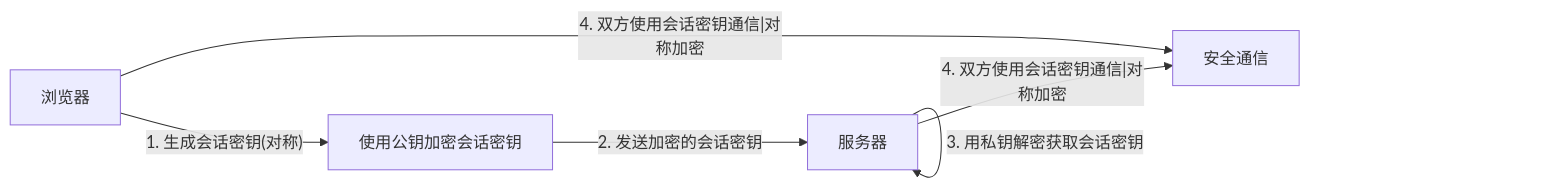
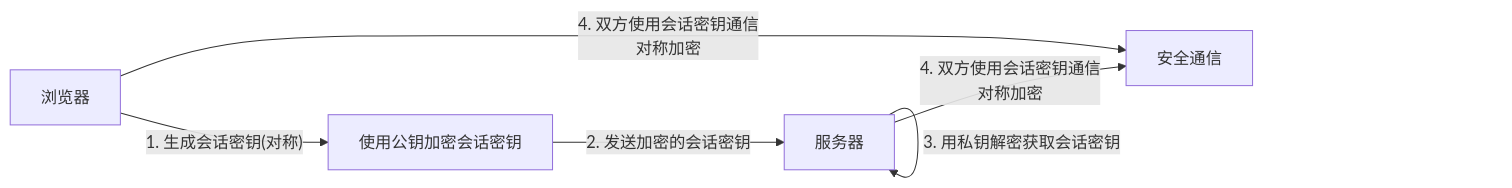
Before and after one commit to before80/prgms: diagram 21 of 31 in content/Js/basic/Chapter-38-web-security.md, drawn with Mermaid. The commit also changed other lines of this file and 1645 other files, not shown here.

````diff
--- a/content/Js/basic/Chapter-38-web-security.md
+++ b/content/Js/basic/Chapter-38-web-security.md
@@ -1847,7 +1847,7 @@
 ```mermaid
 graph LR
     A["浏览器"] -->|"1. 生成会话密钥(对称)"| B["使用公钥加密会话密钥"]
     B -->|"2. 发送加密的会话密钥"| C["服务器"]
     C -->|"3. 用私钥解密获取会话密钥"| C
-    A & C -->|"4. 双方使用会话密钥通信|对称加密"| D["安全通信"]
+    A & C -->|"4. 双方使用会话密钥通信<br/>对称加密"| D["安全通信"]
 ```
````
